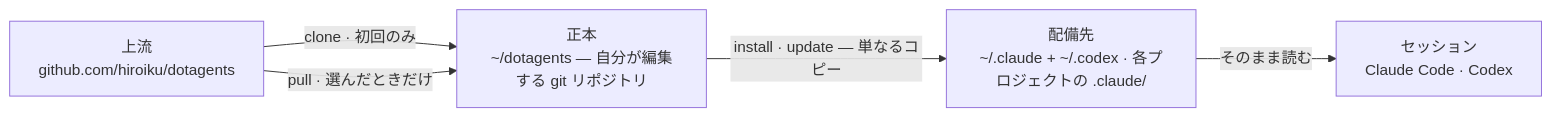
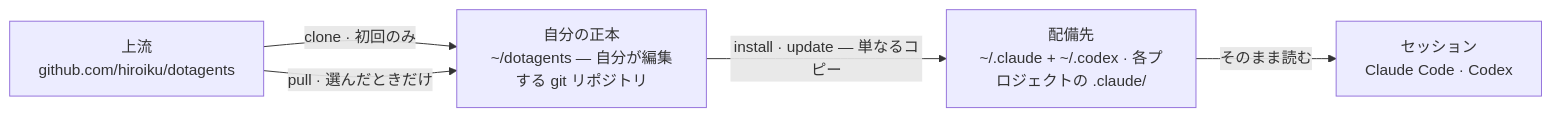
The diagram in docs/README.ja.md (hiroiku/dotagents), drawn with Mermaid before and after one commit. The commit also changed other lines of this file and 34 other files, not shown here.

````diff
--- a/docs/README.ja.md
+++ b/docs/README.ja.md
@@ -18,11 +18,11 @@
 ```mermaid
 flowchart LR
     UP["上流<br>github.com/hiroiku/dotagents"]
-    C["正本<br>~/dotagents — 自分が編集する git リポジトリ"]
+    C["自分の正本<br>~/dotagents — 自分が編集する git リポジトリ"]
     A["配備先<br>~/.claude + ~/.codex · 各プロジェクトの .claude/"]
     S["セッション<br>Claude Code · Codex"]
     UP -->|"clone · 初回のみ"| C
     UP -->|"pull · 選んだときだけ"| C
     C -->|"install · update — 単なるコピー"| A
     A -->|"そのまま読む"| S
 ```
````
